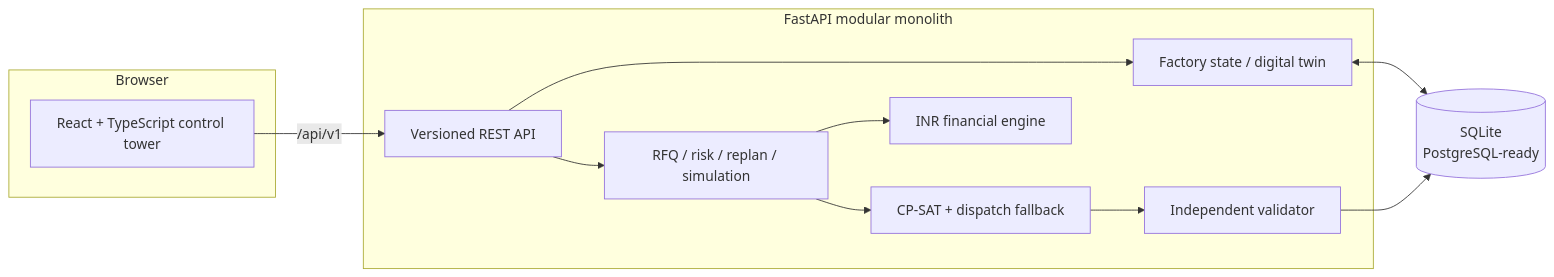
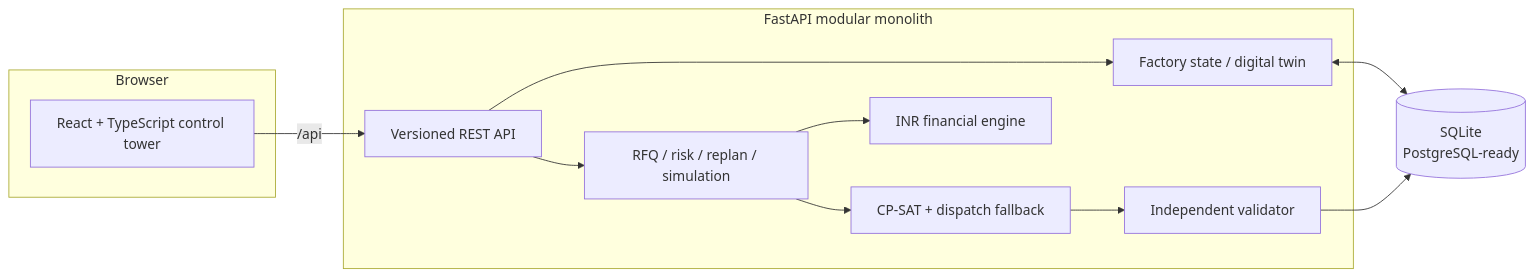
The diagram in README.md (rajath0045/SmartForge-AI), drawn with Mermaid before and after one commit. The commit also changed other lines of this file and 26 other files, not shown here.

````diff
--- a/README.md
+++ b/README.md
@@ -47,23 +47,23 @@
 ```mermaid
 flowchart LR
   subgraph Browser
     UI[React + TypeScript control tower]
   end
   subgraph API[FastAPI modular monolith]
     REST[Versioned REST API]
     DIGITAL[Factory state / digital twin]
     SCHED[CP-SAT + dispatch fallback]
     VALID[Independent validator]
     DECIDE[RFQ / risk / replan / simulation]
     MONEY[INR financial engine]
   end
   DB[(SQLite\nPostgreSQL-ready)]
 
-  UI -->|/api/v1| REST
+  UI -->|/api| REST
   REST --> DIGITAL
   REST --> DECIDE
   DECIDE --> SCHED --> VALID
   DECIDE --> MONEY
   DIGITAL <--> DB
   VALID --> DB
 ```
````
